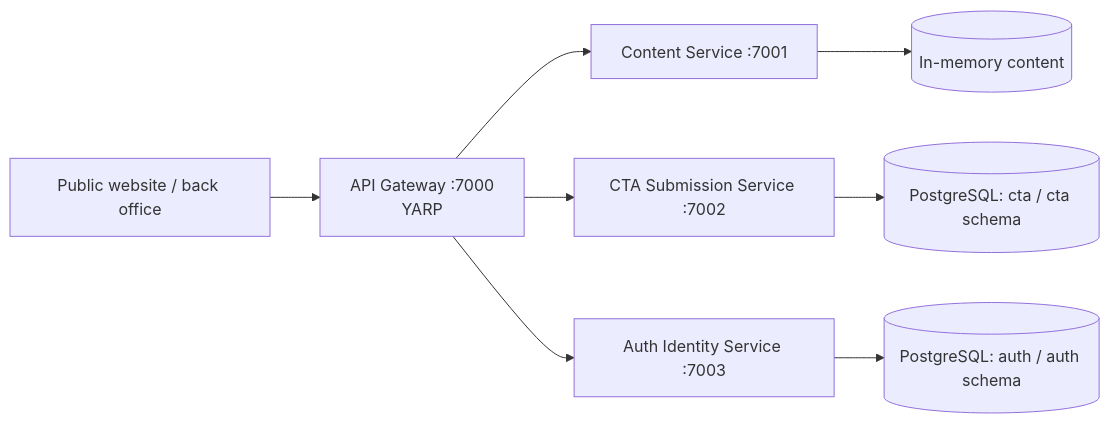
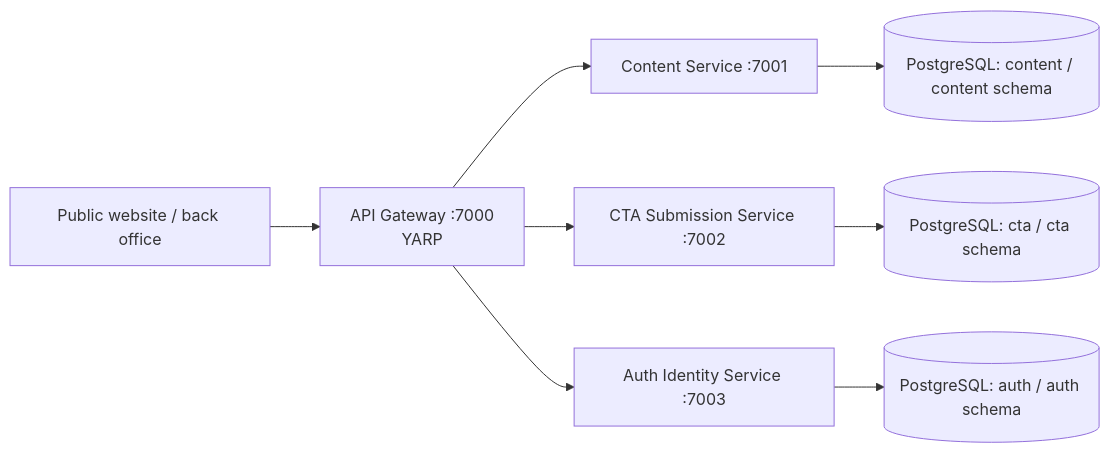
The diagram in README.md (DevCastBD/KJWebsite.Backend), drawn with Mermaid before and after one commit. The commit also changed other lines of this file and 29 other files, not shown here.

First line of the commit message:
feat(content): persist content in PostgreSQL and seed it from the frontend data (#25, closes #18)

````diff
--- a/README.md
+++ b/README.md
@@ -39,10 +39,10 @@
 ```mermaid
 flowchart LR
     Public[Public website / back office] --> Gateway[API Gateway :7000\nYARP]
     Gateway --> Content[Content Service :7001]
     Gateway --> CTA[CTA Submission Service :7002]
     Gateway --> Auth[Auth Identity Service :7003]
-    Content --> Memory[(In-memory content)]
+    Content --> ContentDb[(PostgreSQL: content / content schema)]
     CTA --> CtaDb[(PostgreSQL: cta / cta schema)]
     Auth --> AuthDb[(PostgreSQL: auth / auth schema)]
 ```
````
